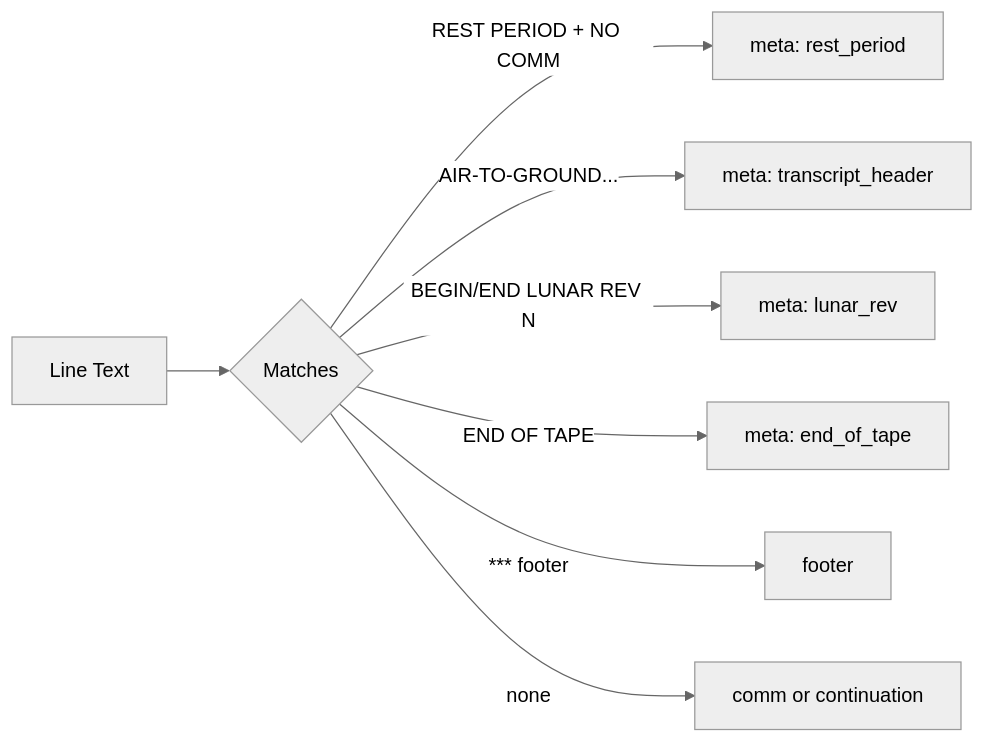
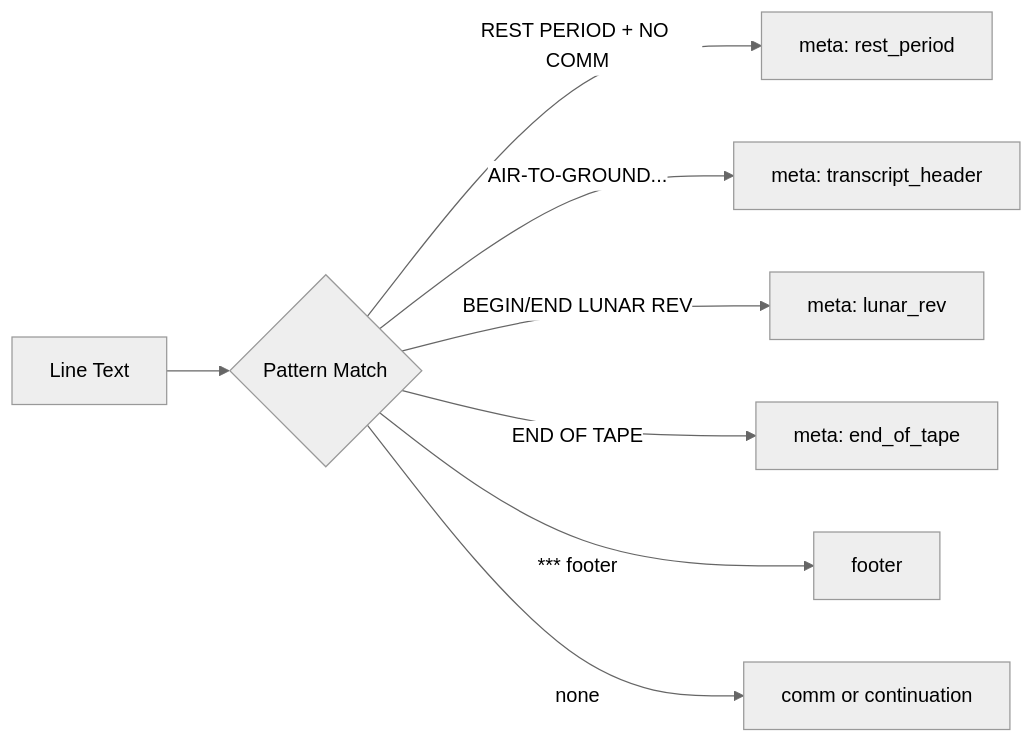
Before and after one commit to JeanLouisParent/Nasa-Transcript-Processor: the third of 4 diagrams in docs/POST_PROCESSING.md, drawn with Mermaid (neutral theme). The commit also changed other lines of this file and 10 other files, not shown here.

First line of the commit message:
Refactor documentation and add JSON Schema validation

````diff
--- a/docs/POST_PROCESSING.md
+++ b/docs/POST_PROCESSING.md
@@ -135,10 +103,10 @@
 ```mermaid
 flowchart LR
-    A[Line Text] --> B{Matches}
-    B -->|REST PERIOD + NO COMM| R[meta: rest_period]
-    B -->|AIR-TO-GROUND...| H[meta: transcript_header]
-    B -->|BEGIN/END LUNAR REV N| L[meta: lunar_rev]
-    B -->|END OF TAPE| E[meta: end_of_tape]
+    A[Line Text] --> B{Pattern Match}
+    B -->|REST PERIOD + NO COMM| R["meta: rest_period"]
+    B -->|AIR-TO-GROUND...| H["meta: transcript_header"]
+    B -->|BEGIN/END LUNAR REV| L["meta: lunar_rev"]
+    B -->|END OF TAPE| E["meta: end_of_tape"]
     B -->|*** footer| F[footer]
     B -->|none| C[comm or continuation]
 ```
````
